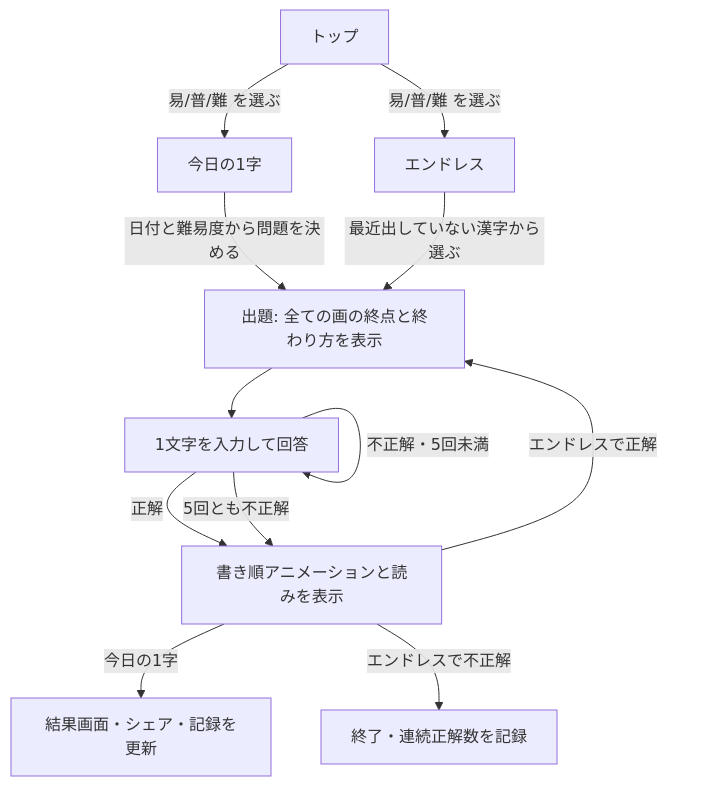
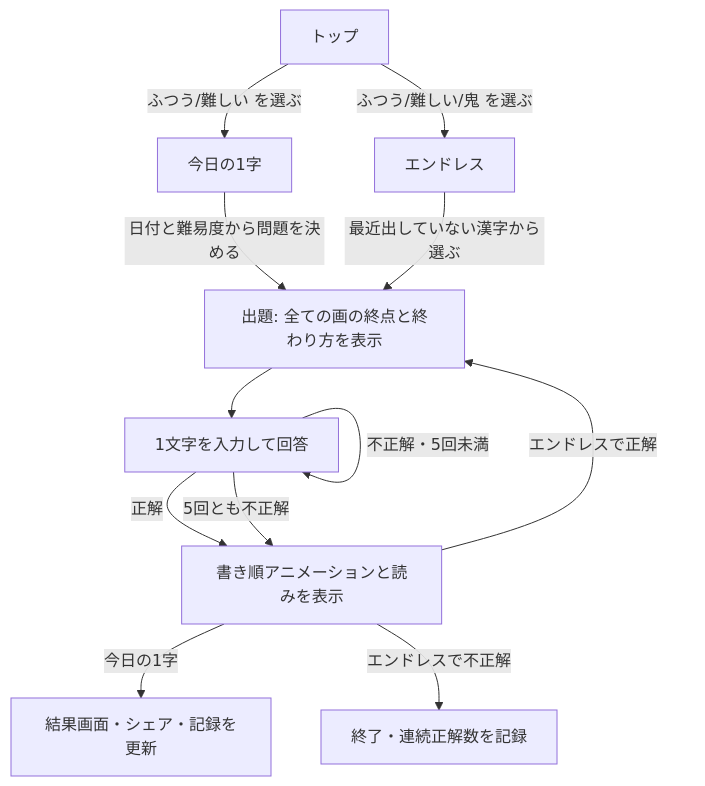
One commit to ur0o/nazotte-kanji changed the diagram in specification/01-purpose-and-features.md. Above: the diagram before and after it, drawn with Mermaid. The commit also changed other lines of this file and 3 other files, not shown here.

````diff
--- a/specification/01-purpose-and-features.md
+++ b/specification/01-purpose-and-features.md
@@ -64,14 +64,14 @@
 ```mermaid
 flowchart TD
-    Top[トップ] -->|易/普/難 を選ぶ| Daily[今日の1字]
-    Top -->|易/普/難 を選ぶ| Endless[エンドレス]
+    Top[トップ] -->|ふつう/難しい を選ぶ| Daily[今日の1字]
+    Top -->|ふつう/難しい/鬼 を選ぶ| Endless[エンドレス]
     Daily -->|日付と難易度から問題を決める| Play
     Endless -->|最近出していない漢字から選ぶ| Play
     Play[出題: 全ての画の終点と終わり方を表示] --> Answer[1文字を入力して回答]
     Answer -->|正解| Reveal[書き順アニメーションと読みを表示]
     Answer -->|不正解・5回未満| Answer
     Answer -->|5回とも不正解| Reveal
     Reveal -->|今日の1字| Result[結果画面・シェア・記録を更新]
     Reveal -->|エンドレスで正解| Play
     Reveal -->|エンドレスで不正解| GameOver[終了・連続正解数を記録]
 ```
````
